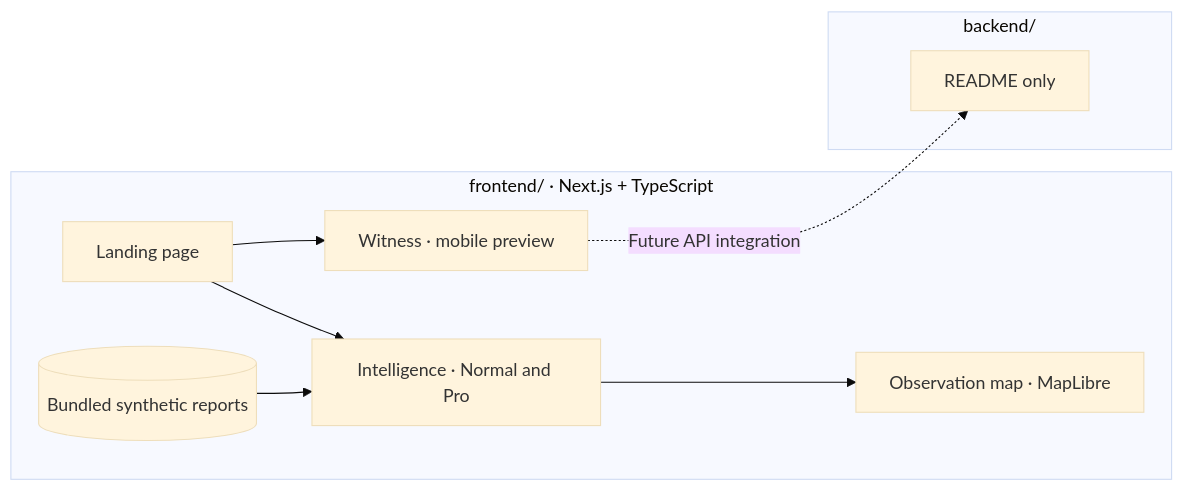
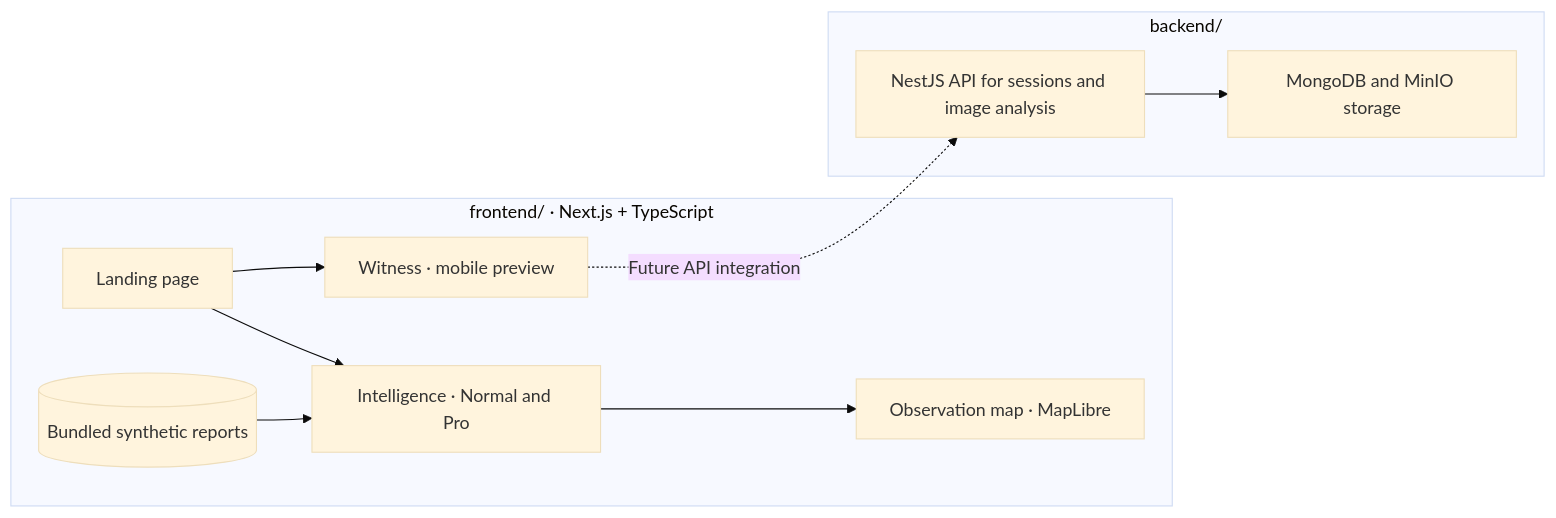
Before and after one commit to miroslavmatthew/BARA: the diagram in README.md, drawn with Mermaid (base theme). The commit also changed other lines of this file, not shown here.

````diff
--- a/README.md
+++ b/README.md
@@ -45,13 +45,14 @@
 ```mermaid
 flowchart LR
     subgraph FE["frontend/ · Next.js + TypeScript"]
         L["Landing page"] --> W["Witness · mobile preview"]
         L --> I["Intelligence · Normal and Pro"]
         D[("Bundled synthetic reports")] --> I
         I --> M["Observation map · MapLibre"]
     end
     subgraph BE["backend/"]
-        B["README only"]
+        B["NestJS API for sessions and image analysis"]
+        B --> S["MongoDB and MinIO storage"]
     end
     W -.->|Future API integration| B
 ```
````
